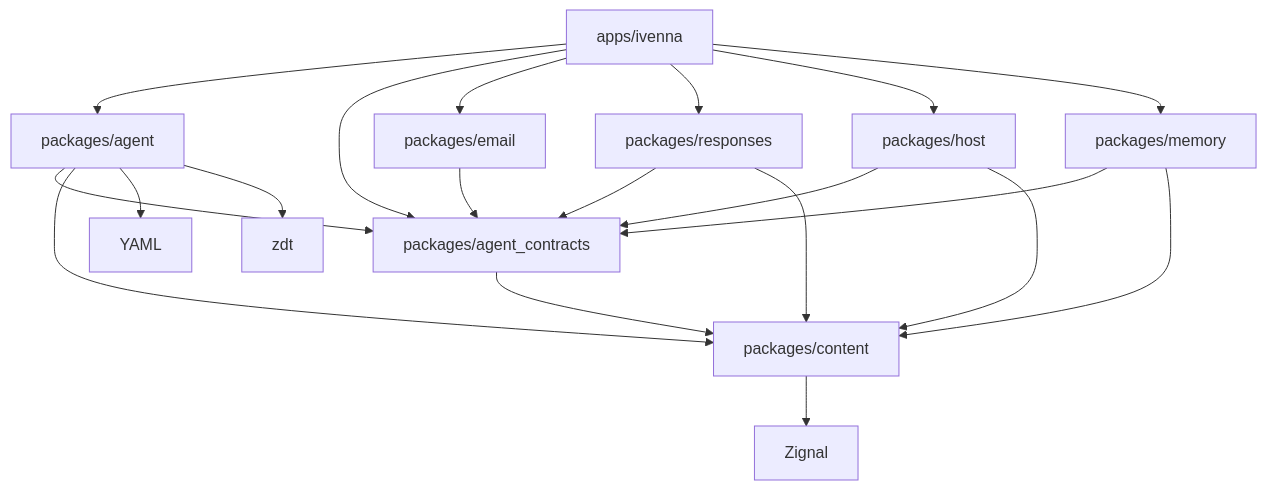
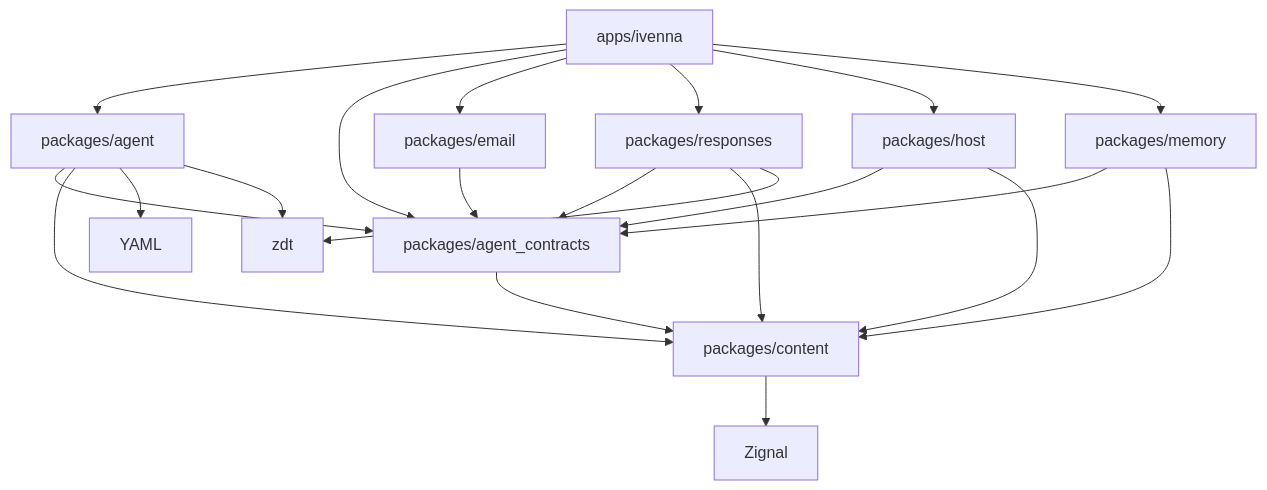
Before and after one commit to Ivenna/Ivenna: the diagram in docs/architecture.md, drawn with Mermaid. The commit also changed other lines of this file and 16 other files, not shown here.

````diff
--- a/docs/architecture.md
+++ b/docs/architecture.md
@@ -25,22 +25,23 @@
 ```mermaid
 flowchart TD
     App[apps/ivenna] --> Agent[packages/agent]
     App --> Contracts[packages/agent_contracts]
     App --> Email[packages/email]
     App --> Responses[packages/responses]
     App --> Host[packages/host]
     App --> Memory[packages/memory]
     Agent --> Contracts
     Email --> Contracts
     Responses --> Contracts
     Host --> Contracts
     Memory --> Contracts
     Host --> Content[packages/content]
     Memory --> Content
     Responses --> Content
     Agent --> Content
     Contracts --> Content
     Content --> Zignal[Zignal]
     Agent --> YAML[YAML]
     Agent --> Zdt[zdt]
+    Responses --> Zdt
 ```
````
